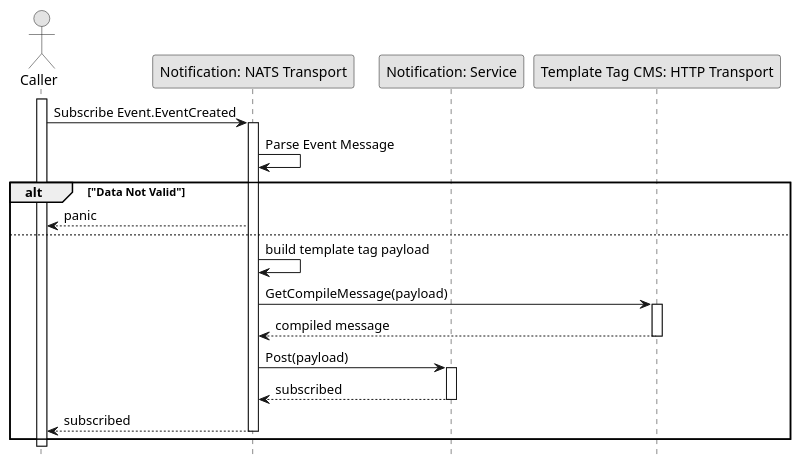
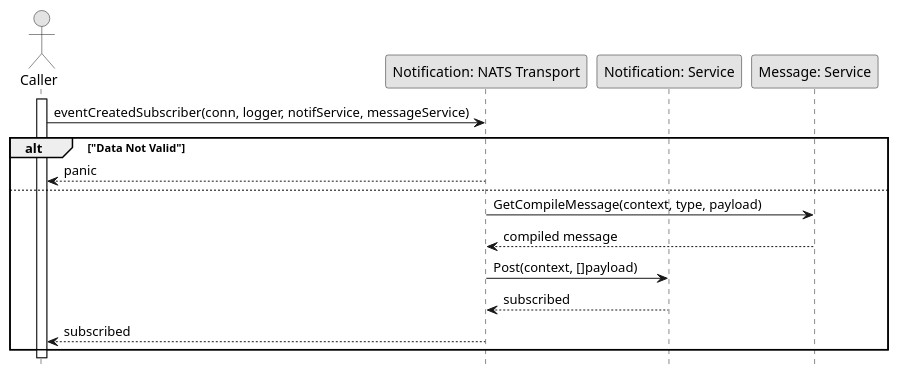
One commit to fwidjaya20/fazzlearning-uml changed the diagram in Sequence/Release04/NOTIFICATION_SubscribeEventCreated.wsd. Above: the diagram before and after it, drawn with PlantUML. The commit also changed 32 other files, not shown here.

```diff
--- a/Sequence/Release04/NOTIFICATION_SubscribeEventCreated.wsd
+++ b/Sequence/Release04/NOTIFICATION_SubscribeEventCreated.wsd
@@ -1,36 +1,27 @@
 @startuml NOTIFICATION_SubscribeEventCreated
 
 skinparam Monochrome true
 skinparam Shadowing false
 hide footbox
 
 actor "Caller" as Caller
 participant "Notification: NATS Transport" as NotificationNATSTransport
 participant "Notification: Service" as NotificationService
-participant "Template Tag CMS: HTTP Transport" as TTCMSHTTPTransport
+participant "Message: Service" as MessageService
 
 activate Caller
 
-Caller->NotificationNATSTransport: Subscribe Event.EventCreated
-activate NotificationNATSTransport
-NotificationNATSTransport->NotificationNATSTransport: Parse Event Message
+Caller->NotificationNATSTransport: eventCreatedSubscriber(conn, logger, notifService, messageService)
 
 alt "Data Not Valid"
     NotificationNATSTransport-->Caller: panic
 else
-    NotificationNATSTransport->NotificationNATSTransport: build template tag payload
-    NotificationNATSTransport->TTCMSHTTPTransport: GetCompileMessage(payload)
-    activate TTCMSHTTPTransport
-    TTCMSHTTPTransport-->NotificationNATSTransport: compiled message
-    deactivate TTCMSHTTPTransport
-    NotificationNATSTransport->NotificationService: Post(payload)
-    activate NotificationService
+    NotificationNATSTransport->MessageService: GetCompileMessage(context, type, payload)
+    MessageService-->NotificationNATSTransport: compiled message
+
+    NotificationNATSTransport->NotificationService: Post(context, []payload)
     NotificationService-->NotificationNATSTransport: subscribed
-    deactivate NotificationService
     NotificationNATSTransport-->Caller: subscribed
-    deactivate NotificationNATSTransport
 end
 
-deactivate Caller
-
 @enduml
```
